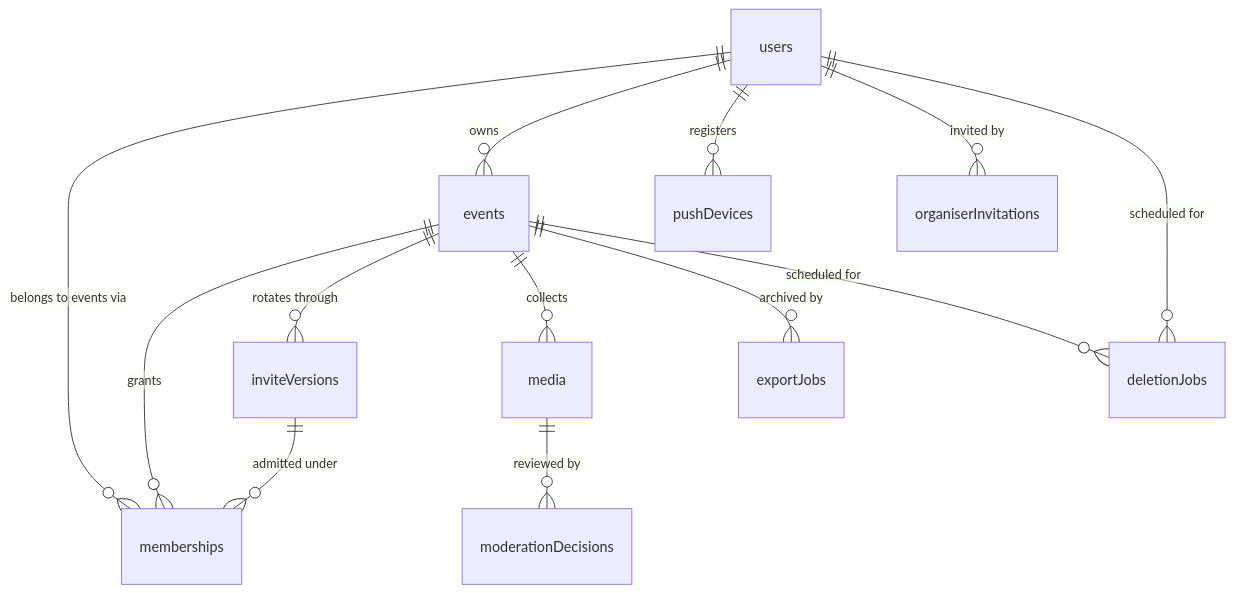
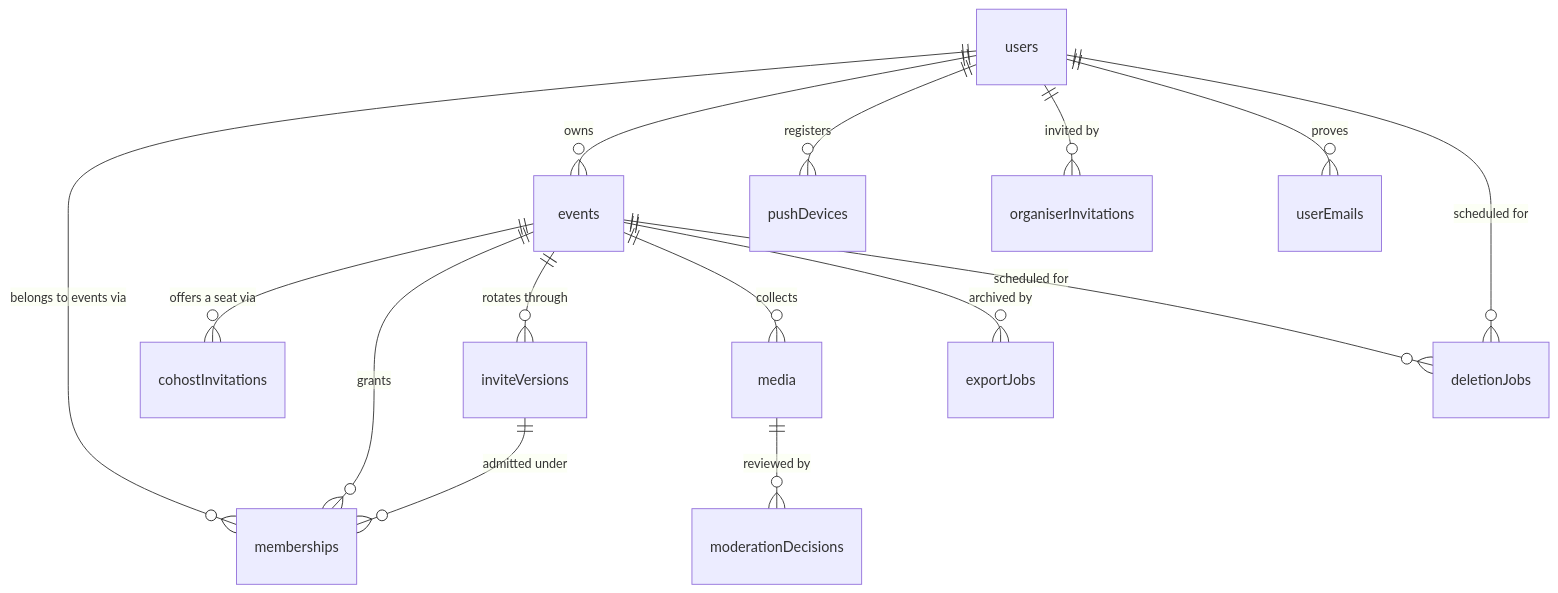
One commit to coreybain/party-booth changed the first of 8 diagrams in docs/domain-model.md. Above: the diagram before and after it, drawn with Mermaid. The commit also changed other lines of this file and 1 other file, not shown here.

````diff
--- a/docs/domain-model.md
+++ b/docs/domain-model.md
@@ -12,15 +12,17 @@
 ```mermaid
 erDiagram
     users ||--o{ memberships : "belongs to events via"
     users ||--o{ events : owns
     users ||--o{ pushDevices : registers
     users ||--o{ organiserInvitations : "invited by"
+    users ||--o{ userEmails : "proves"
+    events ||--o{ cohostInvitations : "offers a seat via"
     events ||--o{ memberships : grants
     events ||--o{ inviteVersions : "rotates through"
     events ||--o{ media : collects
     inviteVersions ||--o{ memberships : "admitted under"
     media ||--o{ moderationDecisions : "reviewed by"
     events ||--o{ exportJobs : "archived by"
     users ||--o{ deletionJobs : "scheduled for"
     events ||--o{ deletionJobs : "scheduled for"
 ```
````
